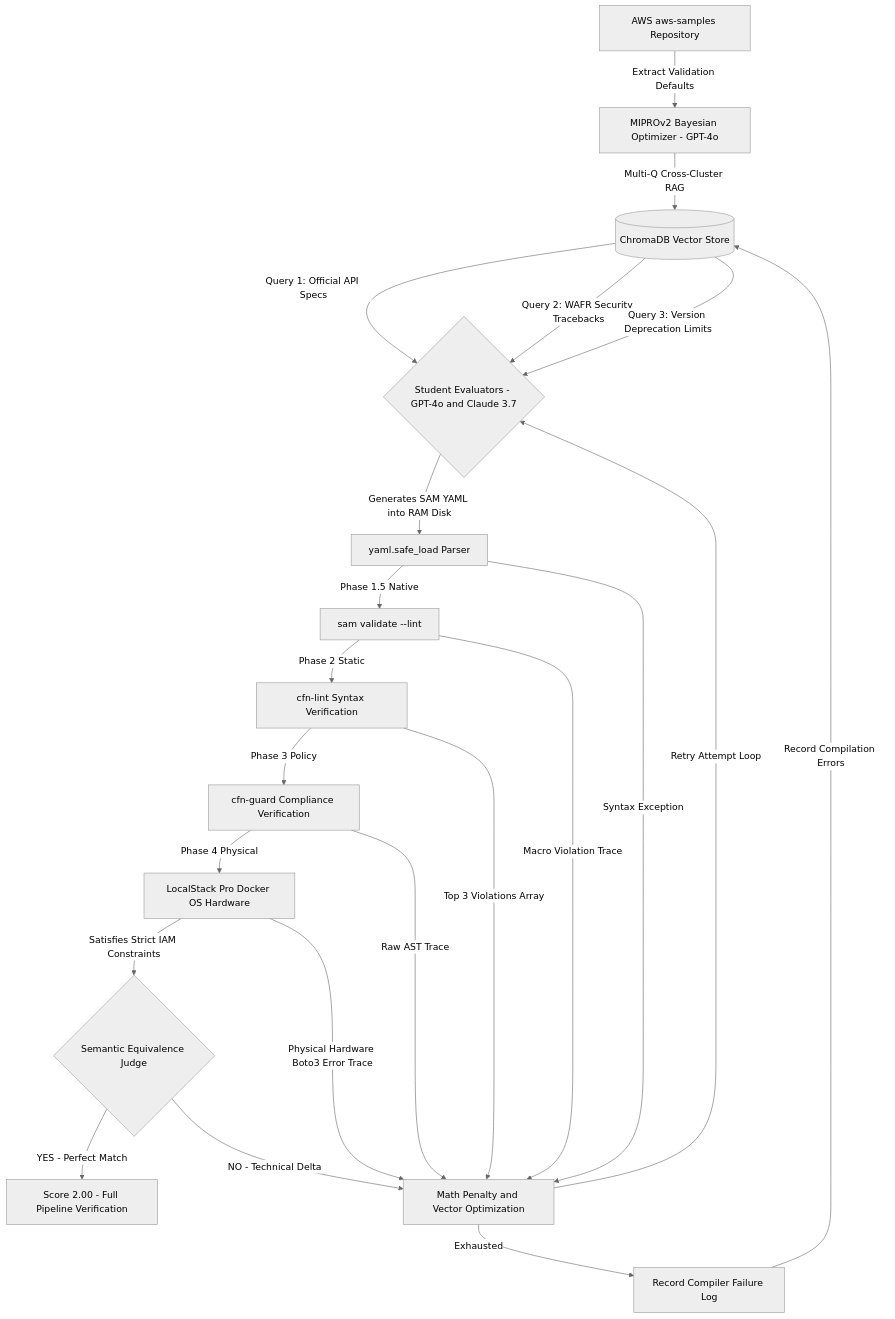
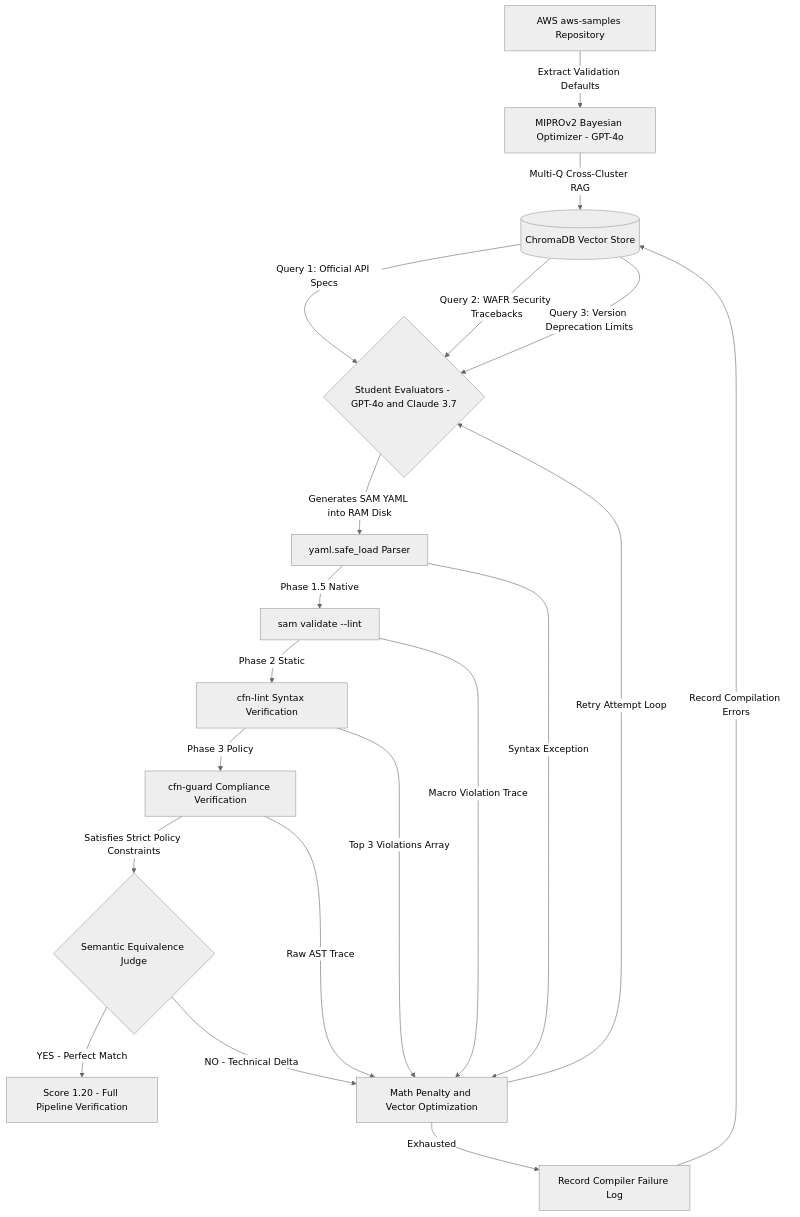
The diagram in README.md (vjb/iac-self-healer), drawn with Mermaid (neutral theme) before and after one commit. The commit also changed other lines of this file and 2 other files, not shown here.

Commit message:
docs: strictly enforce tier-1 institutional guidelines and purge vaporware logic

````diff
--- a/README.md
+++ b/README.md
@@ -7,29 +7,26 @@
 ```mermaid
 graph TD
     Z["AWS aws-samples Repository"] -->|Extract Validation Defaults| A
     A["MIPROv2 Bayesian Optimizer - GPT-4o"] -->|Multi-Q Cross-Cluster RAG| B[(ChromaDB Vector Store)]
     B -->|Query 1: Official API Specs| C{"Student Evaluators - GPT-4o and Claude 3.7"}
     B -->|Query 2: WAFR Security Tracebacks| C
     B -->|Query 3: Version Deprecation Limits| C
     
     C -->|Generates SAM YAML into RAM Disk| D["yaml.safe_load Parser"]
     D -->|Phase 1.5 Native| SAM["sam validate --lint"]
     SAM -->|Phase 2 Static| E["cfn-lint Syntax Verification"]
     E -->|Phase 3 Policy| F["cfn-guard Compliance Verification"]
-    F -->|Phase 4 Physical| P2["LocalStack Pro Docker OS Hardware"]
-    
-    P2 -->|Satisfies Strict IAM Constraints| G{"Semantic Equivalence Judge"}
-    G -->|YES - Perfect Match| H["Score 2.00 - Full Pipeline Verification"]
+    F -->|Satisfies Strict Policy Constraints| G{"Semantic Equivalence Judge"}
+    G -->|YES - Perfect Match| H["Score 1.20 - Full Pipeline Verification"]
     
     %% Feedback Loops
     D -->|Syntax Exception| J["Math Penalty and Vector Optimization"]
     SAM -->|Macro Violation Trace| J
     E -->|Top 3 Violations Array| J
     F -->|Raw AST Trace| J
-    P2 -->|Physical Hardware Boto3 Error Trace| J
     G -->|NO - Technical Delta| J
     
     J -->|Retry Attempt Loop| C
     J -->|Exhausted| K["Record Compiler Failure Log"]
     K -->|Record Compilation Errors| B
 ```
````
